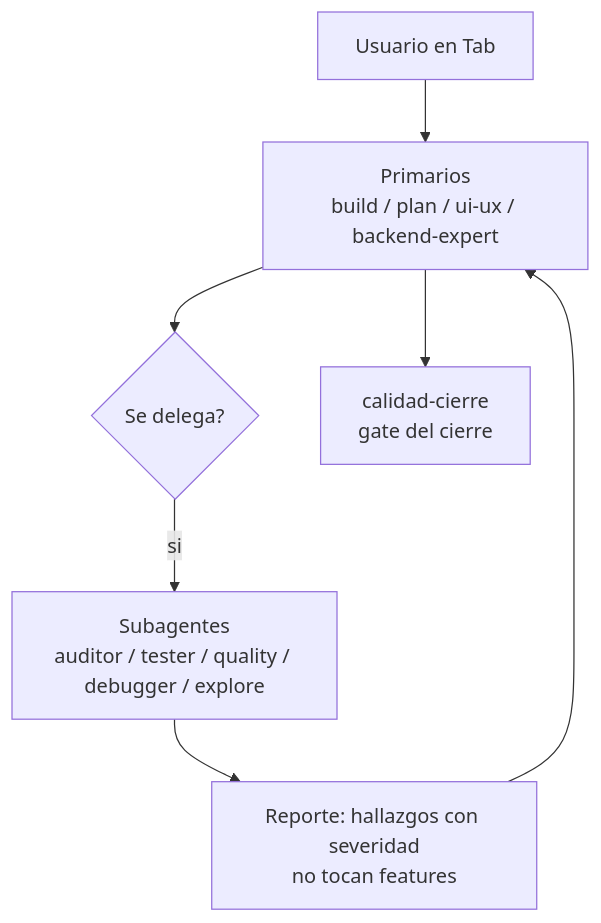
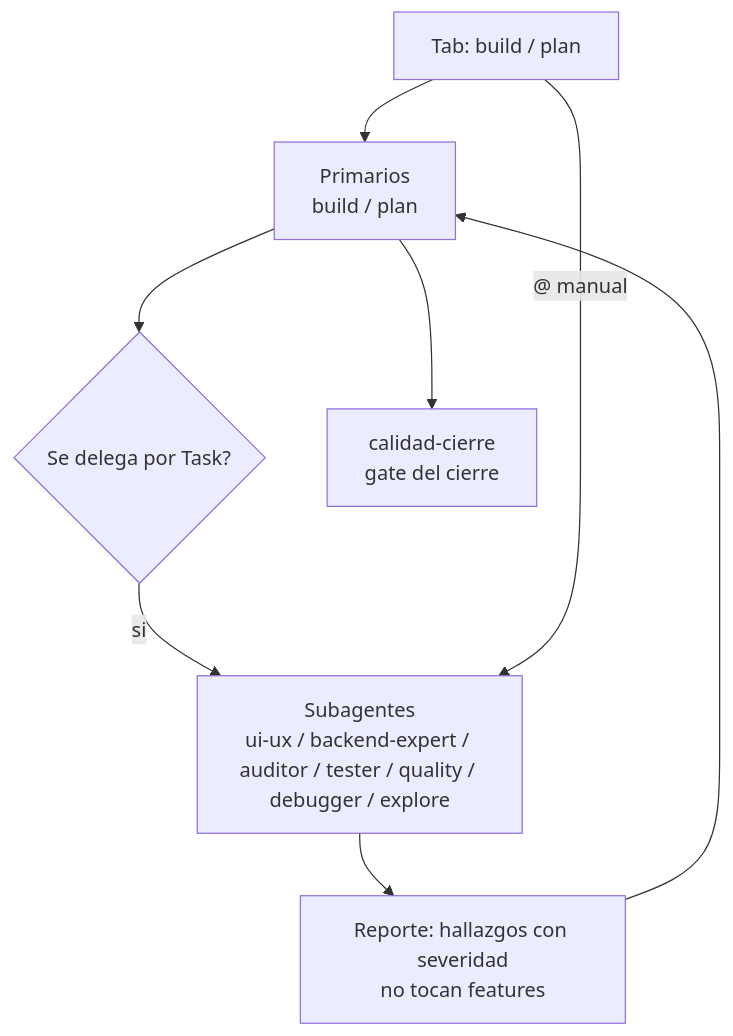
One commit to darman-prog/HarnessConfig changed the third of 7 diagrams in .opencode/Logs/pipeline-ejecucion-tareas.md. Above: the diagram before and after it, drawn with Mermaid. The commit also changed other lines of this file and 2 other files, not shown here.

````diff
--- a/.opencode/Logs/pipeline-ejecucion-tareas.md
+++ b/.opencode/Logs/pipeline-ejecucion-tareas.md
@@ -102,11 +103,12 @@
 ```mermaid
 flowchart TD
-    U["Usuario en Tab"] --> PR["Primarios<br/>build / plan / ui-ux / backend-expert"]
-    PR --> DG{"Se delega?"}
-    DG --> |"si"| SA["Subagentes<br/>auditor / tester / quality / debugger / explore"]
+    U["Tab: build / plan"] --> PR["Primarios<br/>build / plan"]
+    PR --> DG{"Se delega por Task?"}
+    DG --> |"si"| SA["Subagentes<br/>ui-ux / backend-expert / auditor / tester / quality / debugger / explore"]
+    U --> |"@ manual"| SA
     SA --> RP["Reporte: hallazgos con severidad<br/>no tocan features"]
     RP --> PR
     PR --> G["calidad-cierre<br/>gate del cierre"]
     click SA href "#sec-9" "Ir a permisos por agente"
     click G href "#sec-8" "Ir al cierre"
 ```
````
